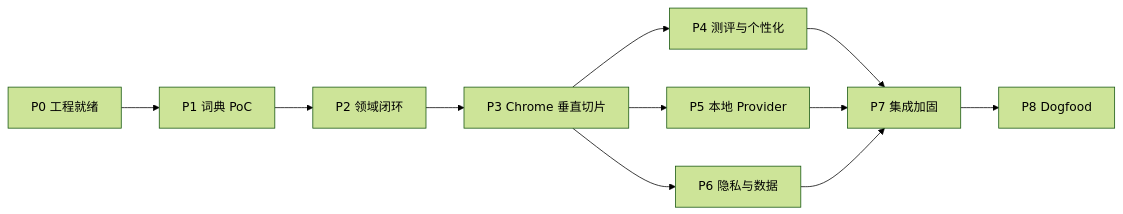
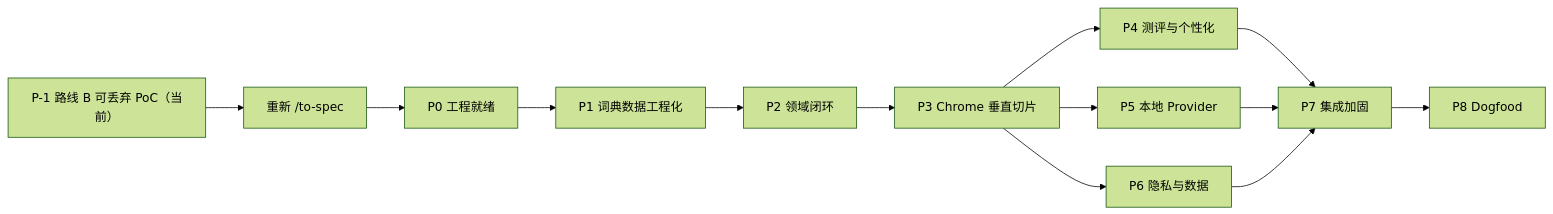
Before and after one commit to FlapPearLabs/adaptive-vocab-reader: the second of 2 diagrams in outputs/v0.1-开发计划.md, drawn with Mermaid (forest theme). The commit also changed other lines of this file and 19 other files, not shown here.

````diff
--- a/outputs/v0.1-开发计划.md
+++ b/outputs/v0.1-开发计划.md
@@ -53,13 +53,15 @@
 ```mermaid
 flowchart LR
-  P0["P0 工程就绪"] --> P1["P1 词典 PoC"]
+  PM1["P-1 路线 B 可丢弃 PoC（当前）"] --> S["重新 /to-spec"]
+  S --> P0["P0 工程就绪"]
+  P0 --> P1["P1 词典数据工程化"]
   P1 --> P2["P2 领域闭环"]
   P2 --> P3["P3 Chrome 垂直切片"]
   P3 --> P4["P4 测评与个性化"]
   P3 --> P5["P5 本地 Provider"]
   P3 --> P6["P6 隐私与数据"]
   P4 --> P7["P7 集成加固"]
   P5 --> P7
   P6 --> P7
   P7 --> P8["P8 Dogfood"]
 ```
````
